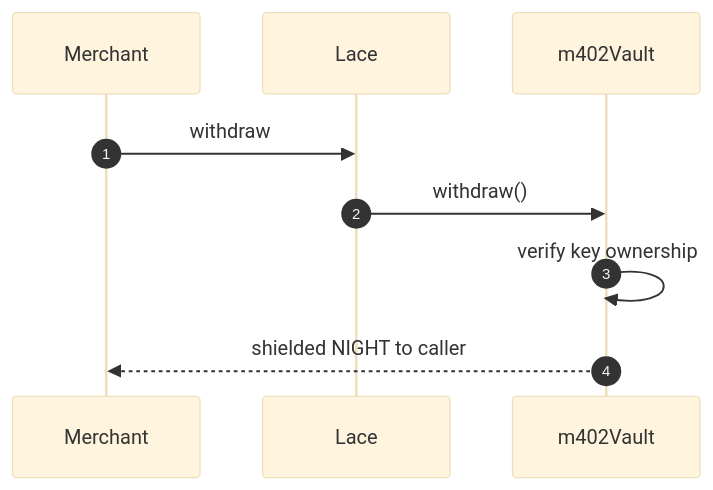
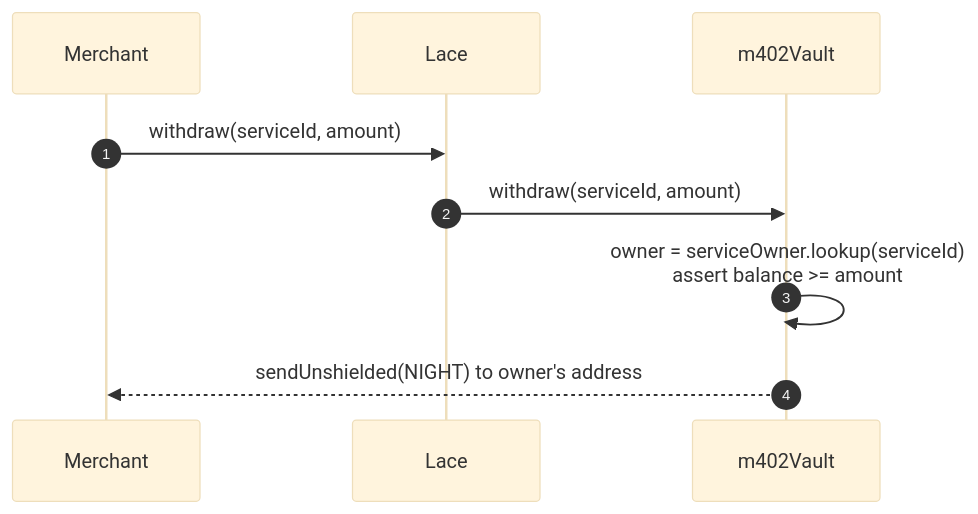
The fifth of 7 diagrams in docs/architecture/payment-flow.md (julianariel/m402), drawn with Mermaid (base theme) before and after one commit. The commit also changed other lines of this file and 7 other files, not shown here.

First line of the commit message:
Settle in a vault-minted shielded credit; NIGHT is unshielded

````diff
--- a/docs/architecture/payment-flow.md
+++ b/docs/architecture/payment-flow.md
@@ -76,12 +95,12 @@
 ```mermaid
 sequenceDiagram
     autonumber
     participant M as Merchant
     participant L as Lace
     participant V as m402Vault
 
-    M->>L: withdraw
-    L->>V: withdraw()
-    V->>V: verify key ownership
-    V-->>M: shielded NIGHT to caller
+    M->>L: withdraw(serviceId, amount)
+    L->>V: withdraw(serviceId, amount)
+    V->>V: owner = serviceOwner.lookup(serviceId)<br/>assert balance >= amount
+    V-->>M: sendUnshielded(NIGHT) to owner's address
 ```
````
